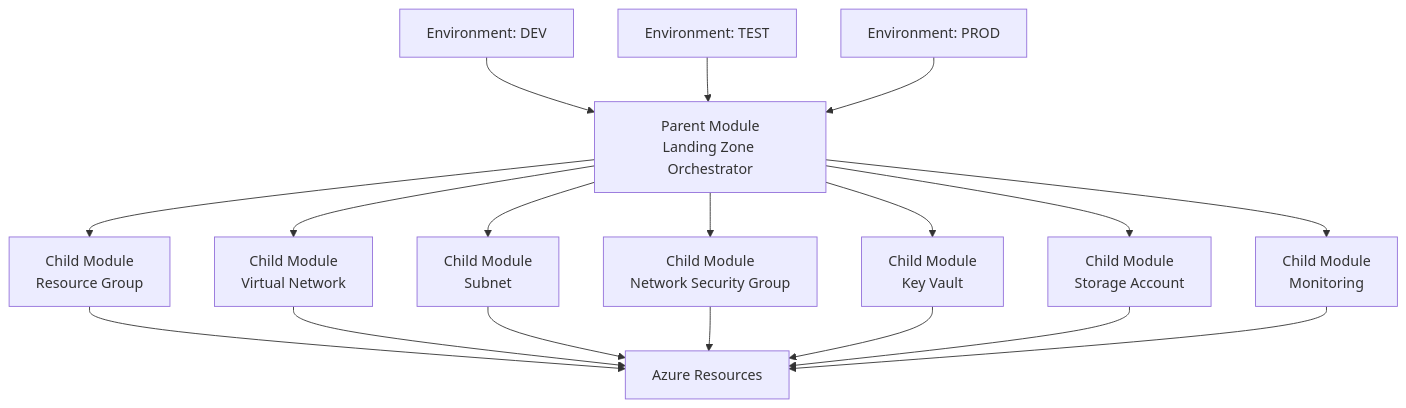
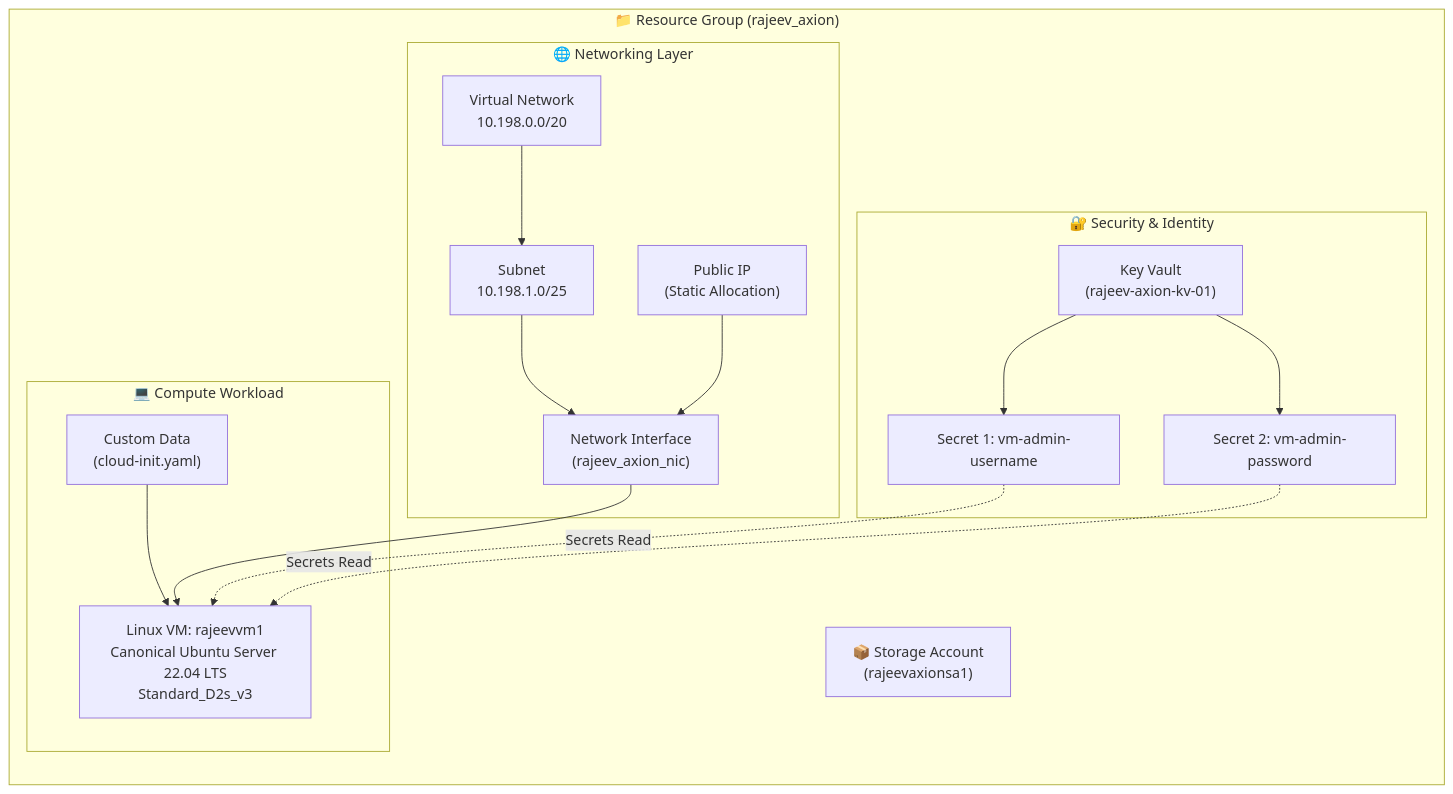
The first of 2 diagrams in README.md (Rajeevsingh143/terraform-multicloud-labs), drawn with Mermaid before and after one commit. The commit also changed other lines of this file, not shown here.

````diff
--- a/README.md
+++ b/README.md
@@ -124,29 +64,38 @@
 ```mermaid
 flowchart TB
-
-    Dev["Environment: DEV"]
-    Test["Environment: TEST"]
-    Prod["Environment: PROD"]
-
-    Dev --> Parent
-    Test --> Parent
-    Prod --> Parent
-
-    Parent["Parent Module<br/>Landing Zone Orchestrator"]
-
-    Parent --> RG["Child Module<br/>Resource Group"]
-    Parent --> VNet["Child Module<br/>Virtual Network"]
-    Parent --> Subnet["Child Module<br/>Subnet"]
-    Parent --> NSG["Child Module<br/>Network Security Group"]
-    Parent --> KV["Child Module<br/>Key Vault"]
-    Parent --> Storage["Child Module<br/>Storage Account"]
-    Parent --> Monitor["Child Module<br/>Monitoring"]
-
-    RG --> Azure["Azure Resources"]
-    VNet --> Azure
-    Subnet --> Azure
-    NSG --> Azure
-    KV --> Azure
-    Storage --> Azure
-    Monitor --> Azure
+    subgraph RG["📁 Resource Group (rajeev_axion)"]
+        direction TB
+        SA["📦 Storage Account<br/>(rajeevaxionsa1)"]
+        
+        subgraph Net["🌐 Networking Layer"]
+            VNET["Virtual Network<br/>10.198.0.0/20"]
+            SUBNET["Subnet<br/>10.198.1.0/25"]
+            PIP["Public IP<br/>(Static Allocation)"]
+            NIC["Network Interface<br/>(rajeev_axion_nic)"]
+            
+            VNET --> SUBNET
+            SUBNET --> NIC
+            PIP --> NIC
+        end
+        
+        subgraph Sec["🔐 Security & Identity"]
+            KV["Key Vault<br/>(rajeev-axion-kv-01)"]
+            KVS1["Secret 1: vm-admin-username"]
+            KVS2["Secret 2: vm-admin-password"]
+            
+            KV --> KVS1
+            KV --> KVS2
+        end
+        
+        subgraph Compute["💻 Compute Workload"]
+            VM["Linux VM: rajeevvm1<br/>Canonical Ubuntu Server 22.04 LTS<br/>Standard_D2s_v3"]
+            CLOUDINIT["Custom Data<br/>(cloud-init.yaml)"]
+            
+            CLOUDINIT --> VM
+        end
+        
+        NIC --> VM
+        KVS1 -. Secrets Read .-> VM
+        KVS2 -. Secrets Read .-> VM
+    end
 ```
````
